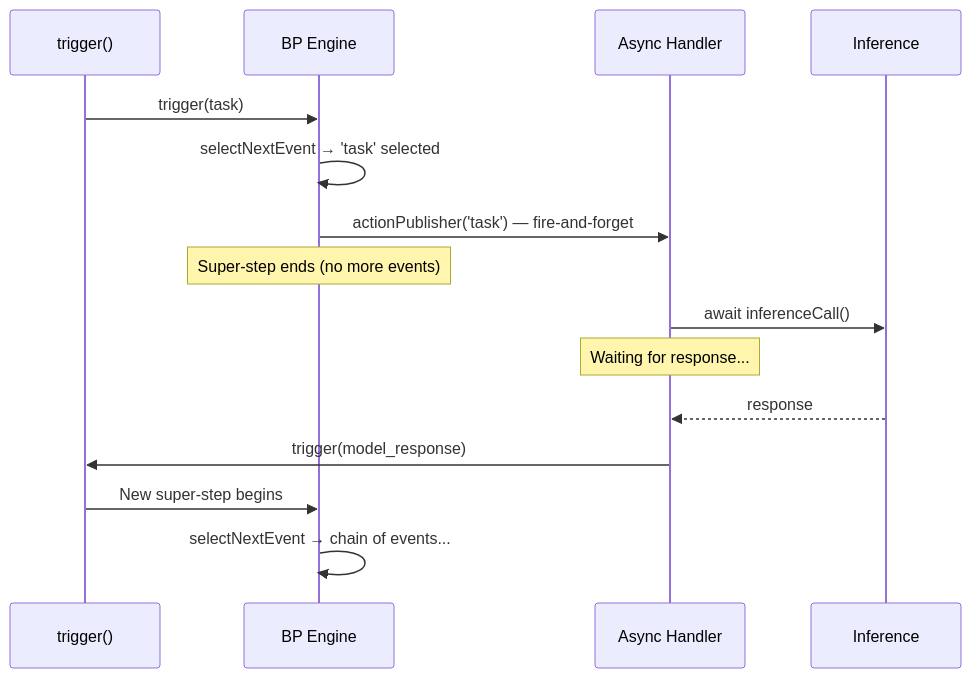
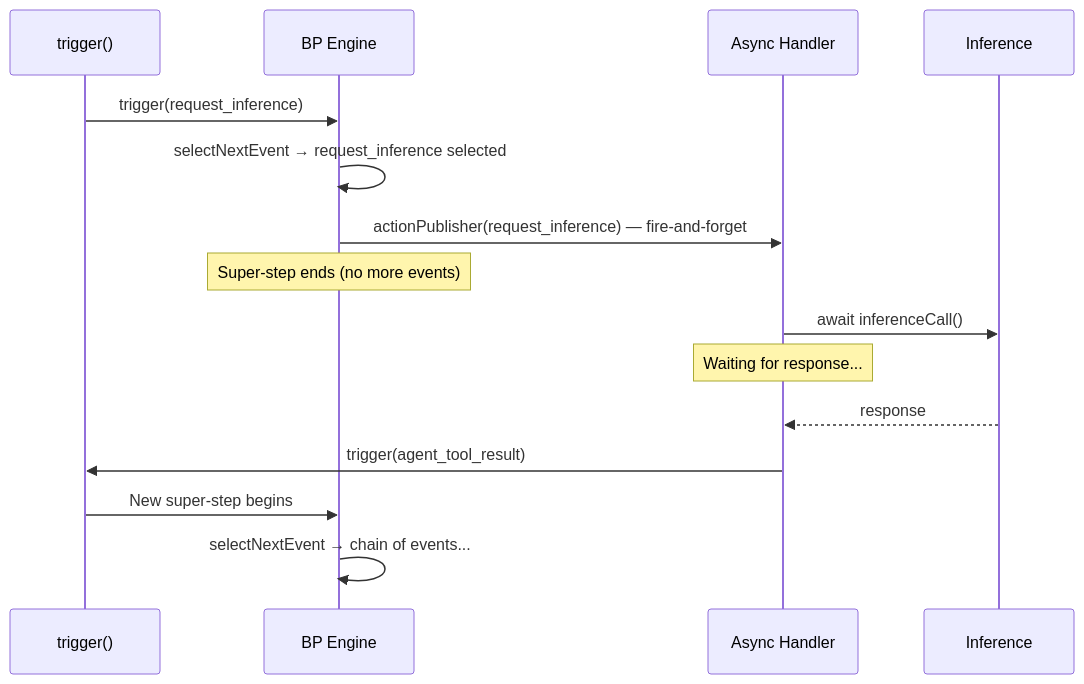
Before and after one commit to plaited/plaited: the third of 3 diagrams in skills/behavioral-core/references/algorithm-reference.md, drawn with Mermaid. The commit also changed other lines of this file and 530 other files, not shown here.

````diff
--- a/skills/behavioral-core/references/algorithm-reference.md
+++ b/skills/behavioral-core/references/algorithm-reference.md
@@ -316,18 +332,18 @@
 ```mermaid
 sequenceDiagram
     participant T as trigger()
     participant BP as BP Engine
     participant H as Async Handler
     participant INF as Inference
 
-    T->>BP: trigger(task)
-    BP->>BP: selectNextEvent → 'task' selected
-    BP->>H: actionPublisher('task') — fire-and-forget
+    T->>BP: trigger(request_inference)
+    BP->>BP: selectNextEvent → request_inference selected
+    BP->>H: actionPublisher(request_inference) — fire-and-forget
     Note over BP: Super-step ends (no more events)
     H->>INF: await inferenceCall()
     Note over H: Waiting for response...
     INF-->>H: response
-    H->>T: trigger(model_response)
+    H->>T: trigger(agent_tool_result)
     T->>BP: New super-step begins
     BP->>BP: selectNextEvent → chain of events...
 ```
````
